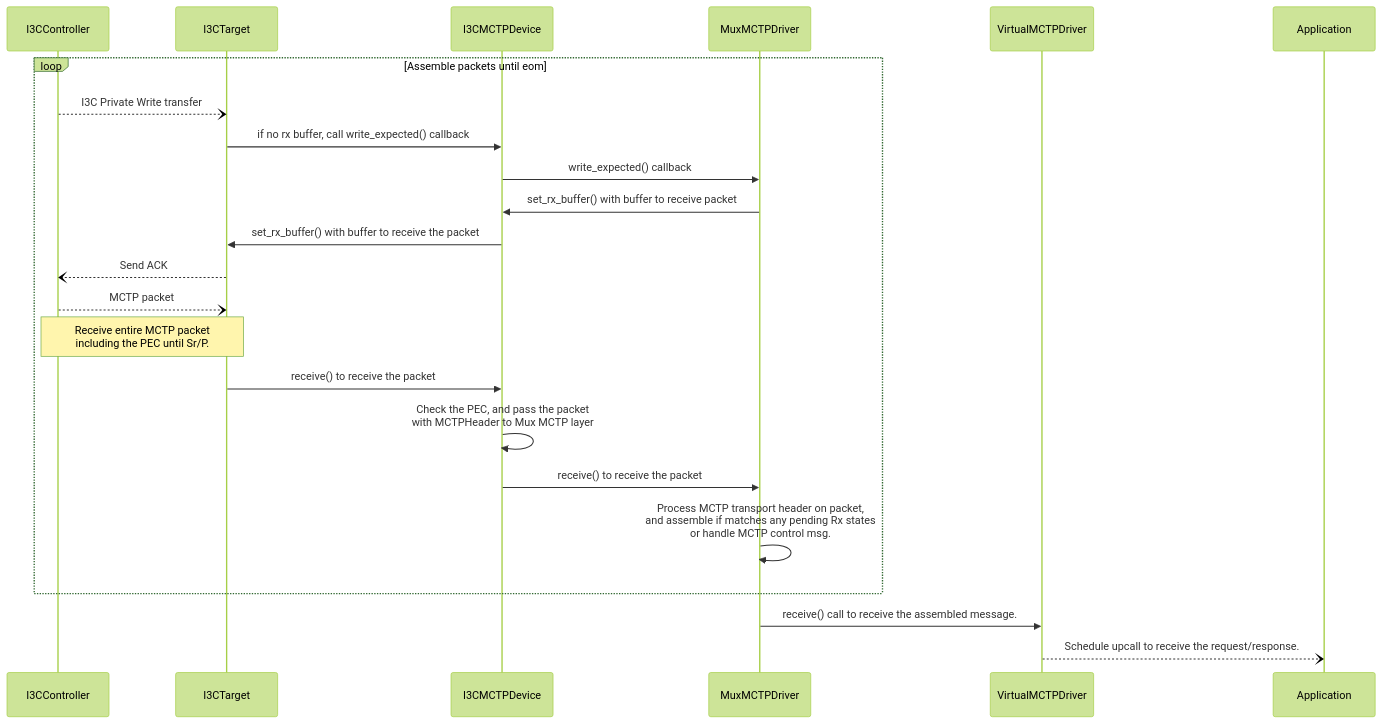
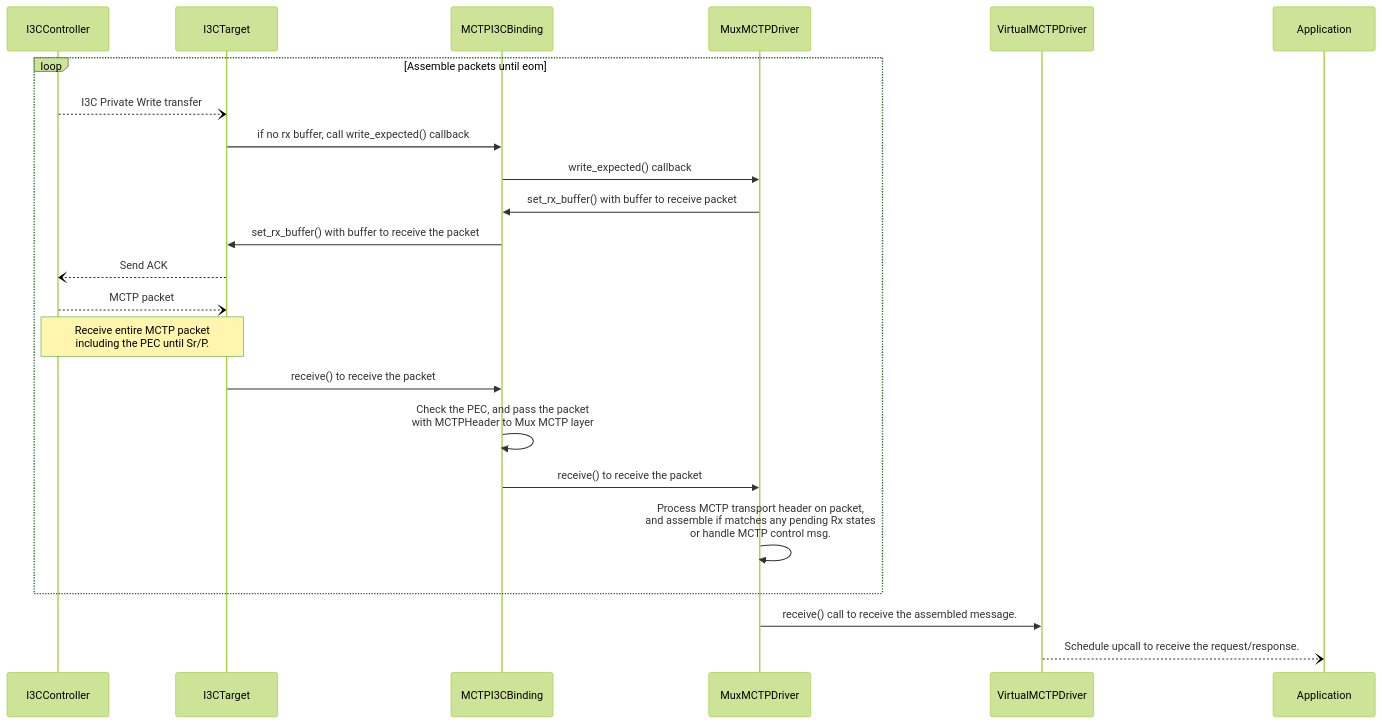
One commit to chipsalliance/caliptra-mcu-sw changed the first of 2 diagrams in docs/src/mctp.md. Above: the diagram before and after it, drawn with Mermaid (forest theme). The commit also changed other lines of this file and 2 other files, not shown here.

````diff
--- a/docs/src/mctp.md
+++ b/docs/src/mctp.md
@@ -14,25 +14,25 @@
 ```mermaid
 sequenceDiagram
     participant I3CController
     participant I3CTarget
-    participant I3CMCTPDevice
+    participant MCTPI3CBinding
     participant MuxMCTPDriver
     participant VirtualMCTPDriver
     participant Application
     loop Assemble packets until eom
         I3CController--)I3CTarget: I3C Private Write transfer
-        I3CTarget->>I3CMCTPDevice: if no rx buffer, call write_expected() callback
-        I3CMCTPDevice->> MuxMCTPDriver: write_expected() callback
-        MuxMCTPDriver->>I3CMCTPDevice: set_rx_buffer() with buffer to receive packet
-        I3CMCTPDevice->> I3CTarget: set_rx_buffer() with buffer to receive the packet
+        I3CTarget->>MCTPI3CBinding: if no rx buffer, call write_expected() callback
+        MCTPI3CBinding->> MuxMCTPDriver: write_expected() callback
+        MuxMCTPDriver->>MCTPI3CBinding: set_rx_buffer() with buffer to receive packet
+        MCTPI3CBinding->> I3CTarget: set_rx_buffer() with buffer to receive the packet
         I3CTarget--) I3CController : Send ACK
         I3CController--)I3CTarget: MCTP packet
         Note over I3CController, I3CTarget: Receive entire MCTP packet <br/>including the PEC until Sr/P.
-        I3CTarget->> I3CMCTPDevice: receive() to receive the packet
-        I3CMCTPDevice ->> I3CMCTPDevice: Check the PEC, and pass the packet <br/>with MCTPHeader to Mux MCTP layer
-        I3CMCTPDevice->>MuxMCTPDriver: receive() to receive the packet
+        I3CTarget->> MCTPI3CBinding: receive() to receive the packet
+        MCTPI3CBinding ->> MCTPI3CBinding: Check the PEC, and pass the packet <br/>with MCTPHeader to Mux MCTP layer
+        MCTPI3CBinding->>MuxMCTPDriver: receive() to receive the packet
         MuxMCTPDriver->>MuxMCTPDriver: Process MCTP transport header on packet, <br/> and assemble if matches any pending Rx states<br/>or handle MCTP control msg.
     end
     MuxMCTPDriver->>VirtualMCTPDriver: receive() call to receive the assembled message.
     VirtualMCTPDriver--)Application: Schedule upcall to receive the request/response.
 ```
````
